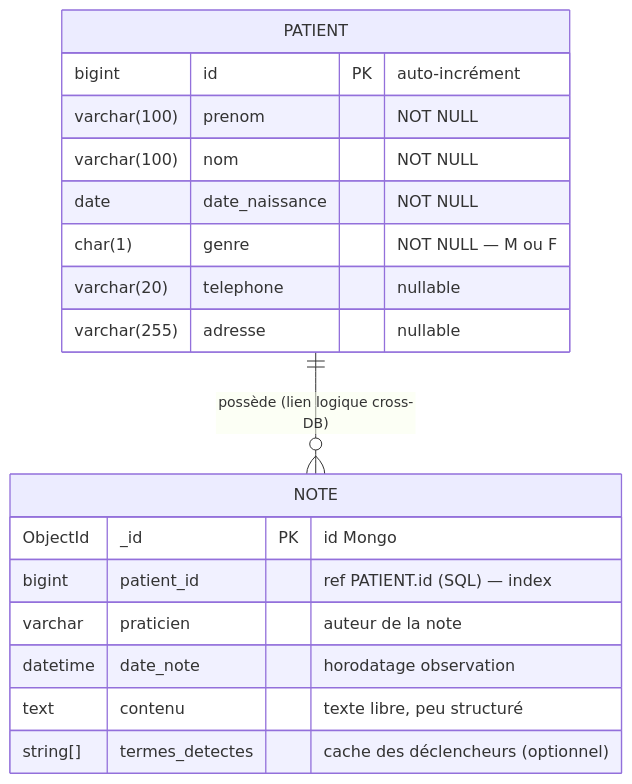
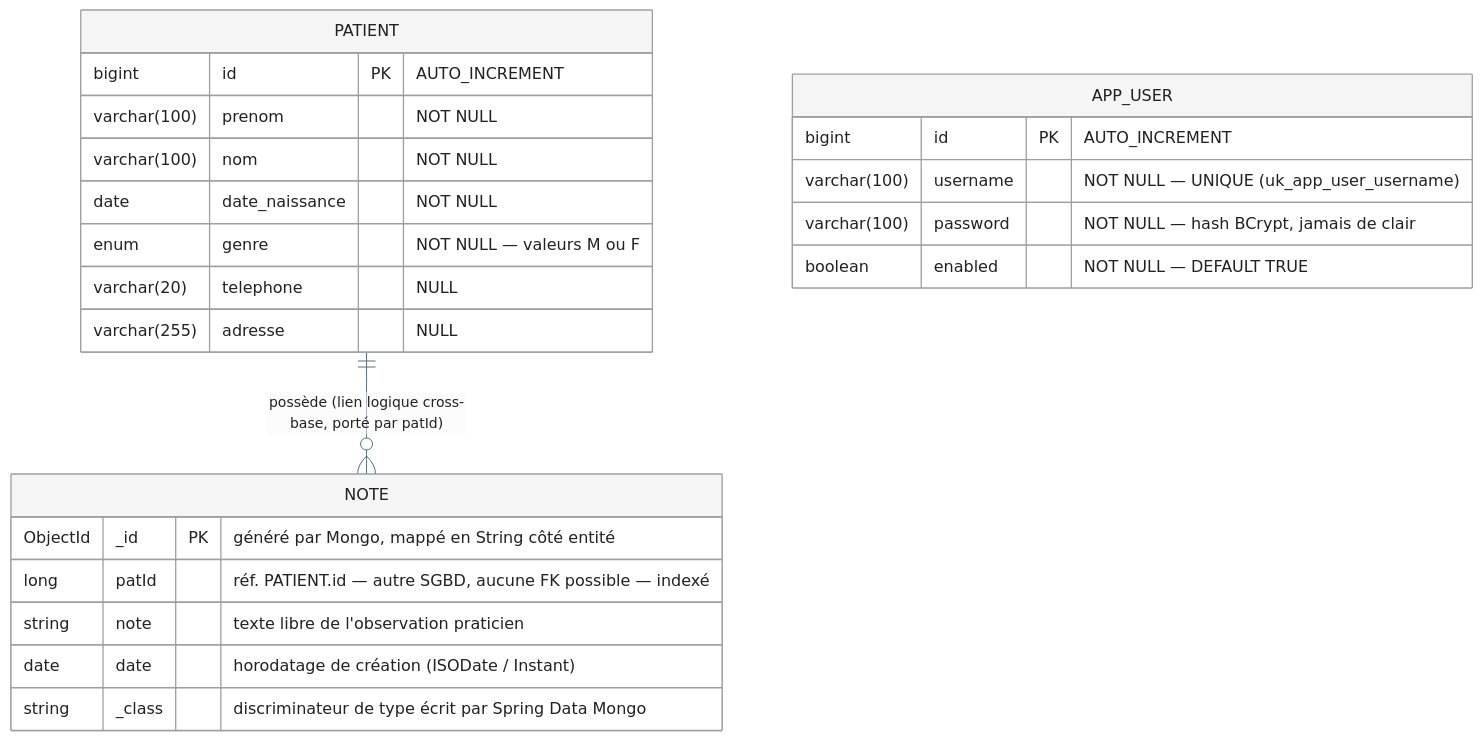
Before and after one commit to nocivecreative/medilabo-solutions: the diagram in docs/diagrams/mcd-mld.mmd, drawn with Mermaid.

Commit message:
docs(diagrams): align the data model with the shipped schema
The ER diagram still described the Mongo document as sketched in ADR-05,
before implementation. Three of its five fields were never written to the
collection, so a reader checking the diagram against the database found
neither the names nor the structure it claimed.

- NOTE: use the field names Spring Data actually writes (patId, note,
  date), document the _class discriminator, and drop praticien and
  termes_detectes, which no code ever produced. Pre-computing the
  triggers was ruled out on purpose: the list lives in configuration.
- PATIENT: genre is ENUM('M','F') in the DDL, not char(1).
- APP_USER: add the auth table. It is persisted in medilabo_auth, so a
  model claiming to cover the database could not omit it. No relation to
  PATIENT, which is a design decision rather than an oversight, and the
  file now says so.
- Label every entity with its DBMS and schema, the model spanning three
  databases across two engines.

```diff
--- a/docs/diagrams/mcd-mld.mmd
+++ b/docs/diagrams/mcd-mld.mmd
@@ -1,22 +1,43 @@
+%% Thème verrouillé en CLAIR (cf. architecture-cible.mmd pour le raisonnement).
+%% Spécifique à l'erDiagram : `attributeBackgroundColorOdd` / `-Even` colorent les lignes
+%% d'attributs en alternance. Non figées, elles suivent le thème du lecteur et deviennent
+%% sombres, alors que le texte reste calculé pour un fond clair.
+%%{init: {"theme":"base","themeVariables":{"darkMode":false,"background":"#ffffff","mainBkg":"#f5f5f5","primaryColor":"#f5f5f5","primaryBorderColor":"#9e9e9e","primaryTextColor":"#212121","nodeBorder":"#9e9e9e","secondaryColor":"#eeeeee","tertiaryColor":"#fafafa","textColor":"#212121","nodeTextColor":"#212121","titleColor":"#212121","lineColor":"#546e7a","edgeLabelBackground":"#ffffff","attributeBackgroundColorOdd":"#ffffff","attributeBackgroundColorEven":"#f2f2f2","fontFamily":"trebuchet ms, verdana, arial, sans-serif","fontSize":"16px"}}}%%
+
 erDiagram
 
-    PATIENT       ||--o{ NOTE          : "possède (lien logique cross-DB)"
+    PATIENT ||--o{ NOTE : "possède (lien logique cross-base, porté par patId)"
 
+    %% MySQL, schéma `medilabo_patient` — patient-service (JPA, ddl-auto=validate :
+    %% ces colonnes doivent rester alignées sur db/init/10_patient_table.sql).
     PATIENT {
-        bigint       id              PK "auto-incrément"
-        varchar(100)  prenom            "NOT NULL"
-        varchar(100)  nom               "NOT NULL"
-        date         date_naissance    "NOT NULL"
-        char(1)      genre             "NOT NULL — M ou F"
-        varchar(20)  telephone         "nullable"
-        varchar(255) adresse           "nullable"
+        bigint       id              PK "AUTO_INCREMENT"
+        varchar(100) prenom             "NOT NULL"
+        varchar(100) nom                "NOT NULL"
+        date         date_naissance     "NOT NULL"
+        enum         genre              "NOT NULL — valeurs M ou F"
+        varchar(20)  telephone          "NULL"
+        varchar(255) adresse            "NULL"
     }
 
+    %% MongoDB, base `medilabo_notes`, collection `notes` — notes-service.
+    %% Document sans schéma imposé par le SGBD : les champs listés sont ceux
+    %% réellement écrits par Spring Data Mongo et par db/mongo-init.
     NOTE {
-        ObjectId  _id                 PK "id Mongo"
-        bigint    patient_id            "ref PATIENT.id (SQL) — index"
-        varchar   praticien             "auteur de la note"
-        datetime  date_note             "horodatage observation"
-        text      contenu               "texte libre, peu structuré"
-        string[]  termes_detectes       "cache des déclencheurs (optionnel)"
+        ObjectId _id     PK "généré par Mongo, mappé en String côté entité"
+        long     patId      "réf. PATIENT.id — autre SGBD, aucune FK possible — indexé"
+        string   note       "texte libre de l'observation praticien"
+        date     date       "horodatage de création (ISODate / Instant)"
+        string   _class     "discriminateur de type écrit par Spring Data Mongo"
     }
+
+    %% MySQL, schéma `medilabo_auth` — gateway (Spring Data R2DBC, non bloquant).
+    %% Aucune relation avec PATIENT : un compte de connexion n'est pas un acteur du
+    %% dossier médical. Schéma séparé pour que sauvegarder ou restaurer les
+    %% identifiants ne touche jamais aux données de santé.
+    APP_USER {
+        bigint       id        PK "AUTO_INCREMENT"
+        varchar(100) username     "NOT NULL — UNIQUE (uk_app_user_username)"
+        varchar(100) password     "NOT NULL — hash BCrypt, jamais de clair"
+        boolean      enabled      "NOT NULL — DEFAULT TRUE"
+    }
```
